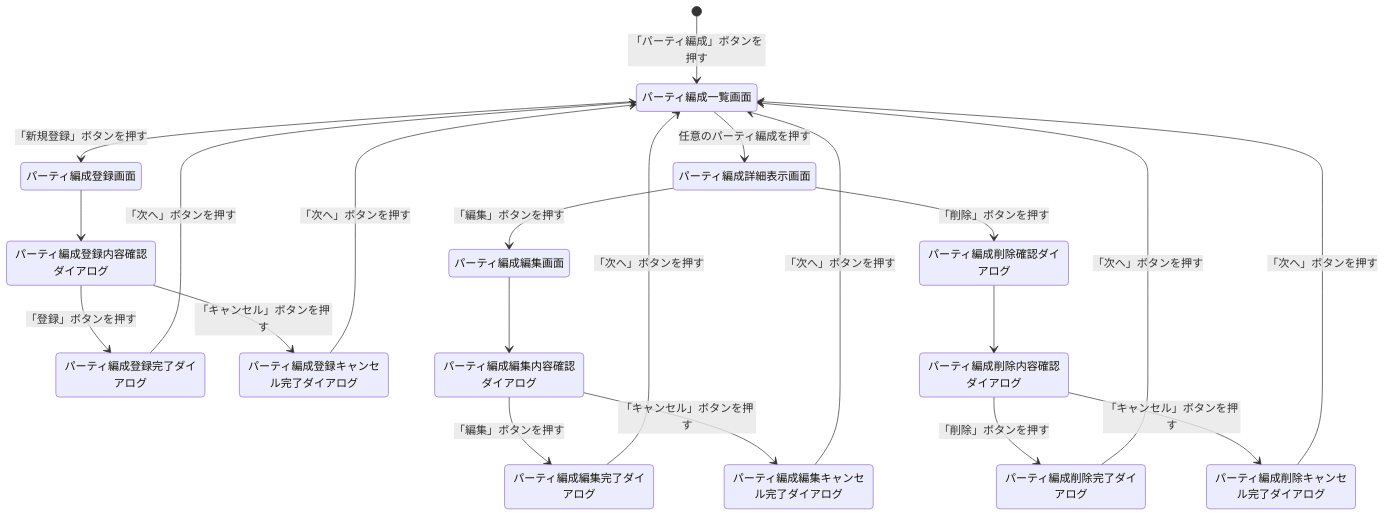
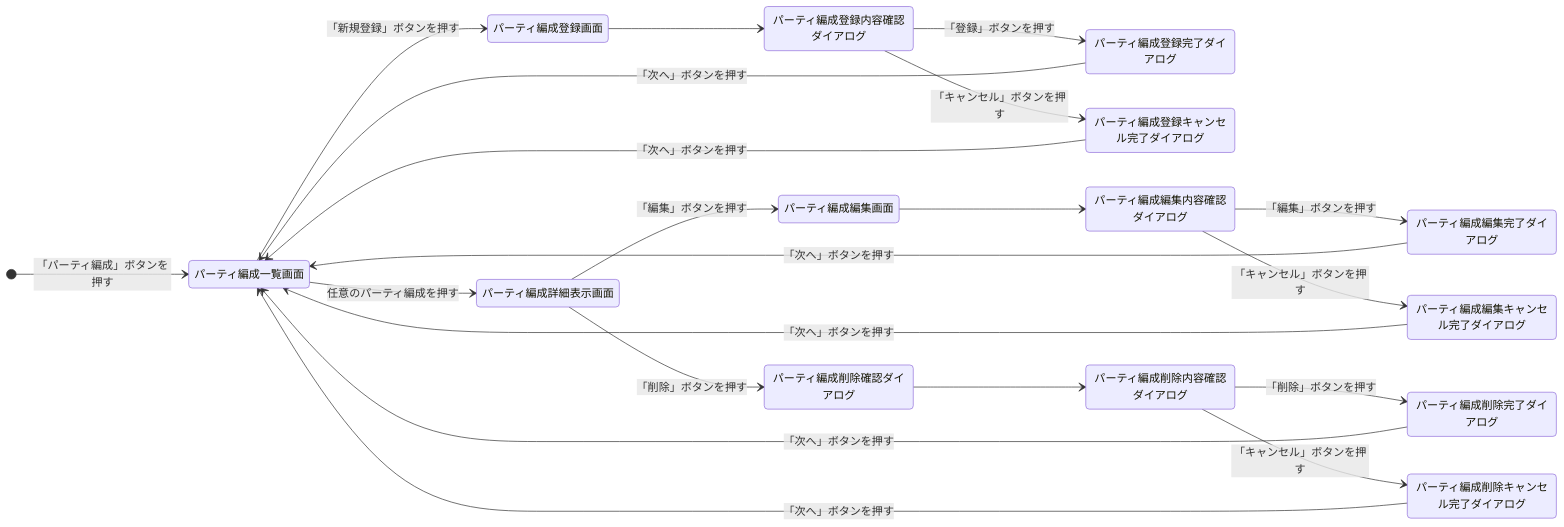
Before and after one commit to Ryosuke-Yamasaki/Genshin-Desktop-App: the third of 7 diagrams in README.md, drawn with Mermaid. The commit also changed other lines of this file, not shown here.

````diff
--- a/README.md
+++ b/README.md
@@ -312,23 +314,24 @@
 ```mermaid
 stateDiagram-v2
+  direction LR
   [*] --> パーティ編成一覧画面 : 「パーティ編成」ボタンを押す
   パーティ編成一覧画面 --> パーティ編成登録画面 : 「新規登録」ボタンを押す
   パーティ編成一覧画面 --> パーティ編成詳細表示画面 : 任意のパーティ編成を押す
   パーティ編成詳細表示画面 --> パーティ編成編集画面 : 「編集」ボタンを押す
   パーティ編成詳細表示画面 --> パーティ編成削除確認ダイアログ : 「削除」ボタンを押す
   パーティ編成登録画面 --> パーティ編成登録内容確認ダイアログ
   パーティ編成登録内容確認ダイアログ --> パーティ編成登録完了ダイアログ : 「登録」ボタンを押す
   パーティ編成登録内容確認ダイアログ --> パーティ編成登録キャンセル完了ダイアログ : 「キャンセル」ボタンを押す
   パーティ編成登録完了ダイアログ --> パーティ編成一覧画面 : 「次へ」ボタンを押す
   パーティ編成登録キャンセル完了ダイアログ --> パーティ編成一覧画面 : 「次へ」ボタンを押す
   パーティ編成編集画面 --> パーティ編成編集内容確認ダイアログ
   パーティ編成編集内容確認ダイアログ --> パーティ編成編集完了ダイアログ : 「編集」ボタンを押す
   パーティ編成編集内容確認ダイアログ --> パーティ編成編集キャンセル完了ダイアログ : 「キャンセル」ボタンを押す
   パーティ編成編集完了ダイアログ --> パーティ編成一覧画面 : 「次へ」ボタンを押す
   パーティ編成編集キャンセル完了ダイアログ --> パーティ編成一覧画面 : 「次へ」ボタンを押す
   パーティ編成削除確認ダイアログ --> パーティ編成削除内容確認ダイアログ
   パーティ編成削除内容確認ダイアログ --> パーティ編成削除完了ダイアログ : 「削除」ボタンを押す
   パーティ編成削除内容確認ダイアログ --> パーティ編成削除キャンセル完了ダイアログ : 「キャンセル」ボタンを押す
   パーティ編成削除完了ダイアログ --> パーティ編成一覧画面 : 「次へ」ボタンを押す
   パーティ編成削除キャンセル完了ダイアログ --> パーティ編成一覧画面 : 「次へ」ボタンを押す
 ```
````
